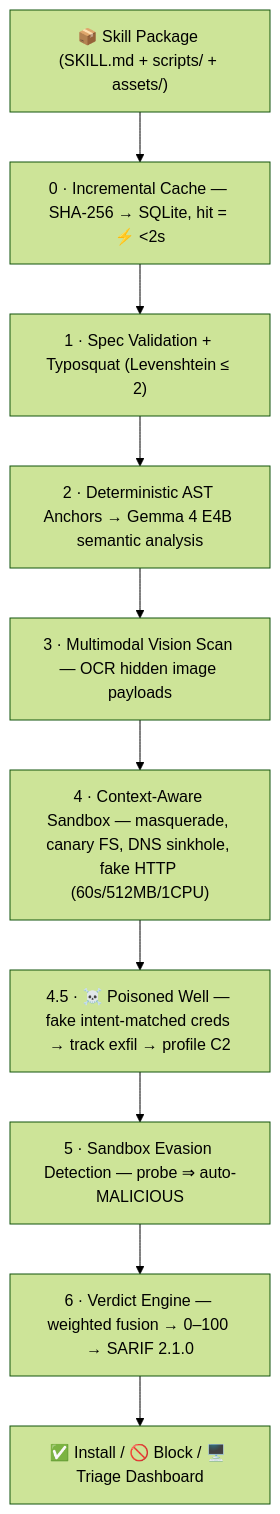
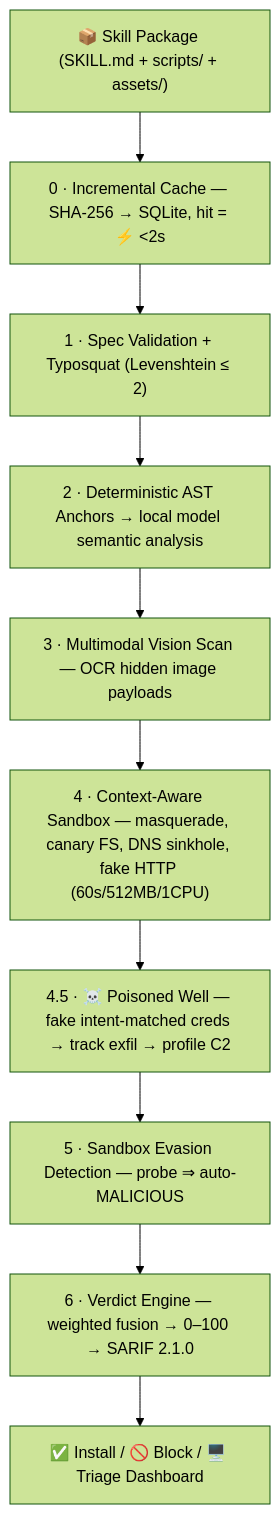
Before and after one commit to EmberPhantom/SkillSentry: the second of 2 diagrams in README.md, drawn with Mermaid (forest theme). The commit also changed other lines of this file, not shown here.

First line of the commit message:
docs(readme): remove model names from the public text

````diff
--- a/README.md
+++ b/README.md
@@ -53,12 +53,12 @@
 ```mermaid
 flowchart TD
     A["📦 Skill Package (SKILL.md + scripts/ + assets/)"] --> S0
     S0["0 · Incremental Cache — SHA-256 → SQLite, hit = ⚡ <2s"] --> S1
     S1["1 · Spec Validation + Typosquat (Levenshtein ≤ 2)"] --> S2
-    S2["2 · Deterministic AST Anchors → Gemma 4 E4B semantic analysis"] --> S3
+    S2["2 · Deterministic AST Anchors → local model semantic analysis"] --> S3
     S3["3 · Multimodal Vision Scan — OCR hidden image payloads"] --> S4
     S4["4 · Context-Aware Sandbox — masquerade, canary FS, DNS sinkhole, fake HTTP (60s/512MB/1CPU)"] --> S45
     S45["4.5 · ☠️ Poisoned Well — fake intent-matched creds → track exfil → profile C2"] --> S5
     S5["5 · Sandbox Evasion Detection — probe ⇒ auto-MALICIOUS"] --> S6
     S6["6 · Verdict Engine — weighted fusion → 0–100 → SARIF 2.1.0"] --> OUT["✅ Install / 🚫 Block / 🖥️ Triage Dashboard"]
 ```
````
